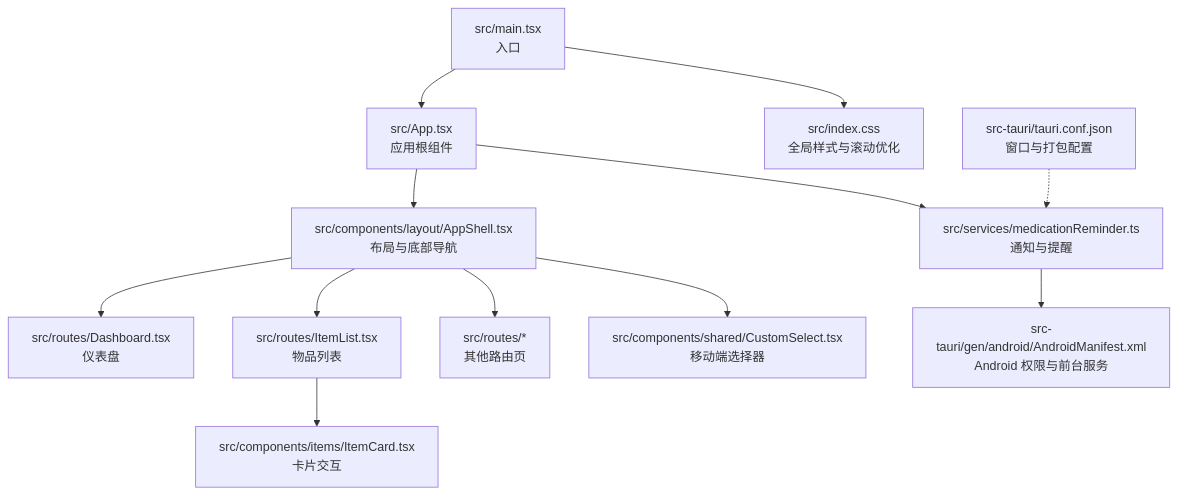
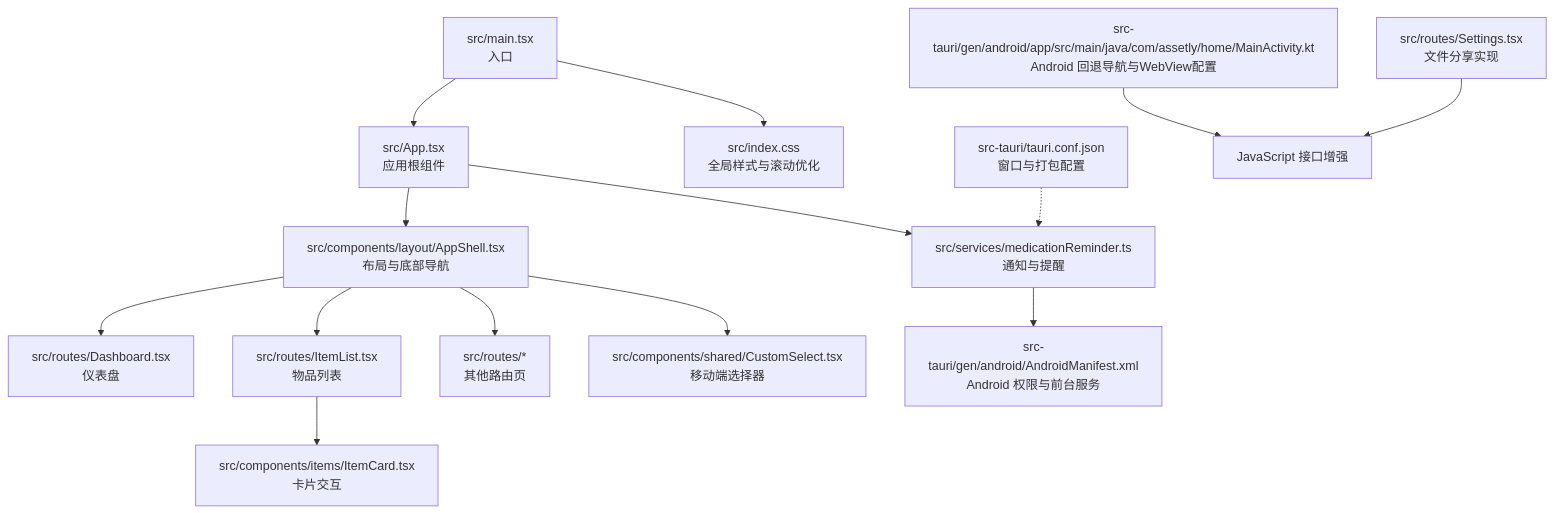
One commit to yn-zxj/Assetly changed the first of 9 diagrams in .qoder/repowiki/zh/content/移动端优化.md. Above: the diagram before and after it, drawn with Mermaid. The commit also changed other lines of this file and 14 other files, not shown here.

````diff
--- a/.qoder/repowiki/zh/content/移动端优化.md
+++ b/.qoder/repowiki/zh/content/移动端优化.md
@@ -43,14 +55,16 @@
 ```mermaid
 graph TB
 A["src/main.tsx<br/>入口"] --> B["src/App.tsx<br/>应用根组件"]
 B --> C["src/components/layout/AppShell.tsx<br/>布局与底部导航"]
 C --> D["src/routes/Dashboard.tsx<br/>仪表盘"]
 C --> E["src/routes/ItemList.tsx<br/>物品列表"]
 C --> F["src/routes/*<br/>其他路由页"]
 A --> G["src/index.css<br/>全局样式与滚动优化"]
 C --> H["src/components/shared/CustomSelect.tsx<br/>移动端选择器"]
 E --> I["src/components/items/ItemCard.tsx<br/>卡片交互"]
 B --> J["src/services/medicationReminder.ts<br/>通知与提醒"]
 J --> K["src-tauri/gen/android/AndroidManifest.xml<br/>Android 权限与前台服务"]
 L["src-tauri/tauri.conf.json<br/>窗口与打包配置"] -.-> J
+M["src-tauri/gen/android/app/src/main/java/com/assetly/home/MainActivity.kt<br/>Android 回退导航与WebView配置"] --> N["JavaScript 接口增强"]
+O["src/routes/Settings.tsx<br/>文件分享实现"] --> N
 ```
````
